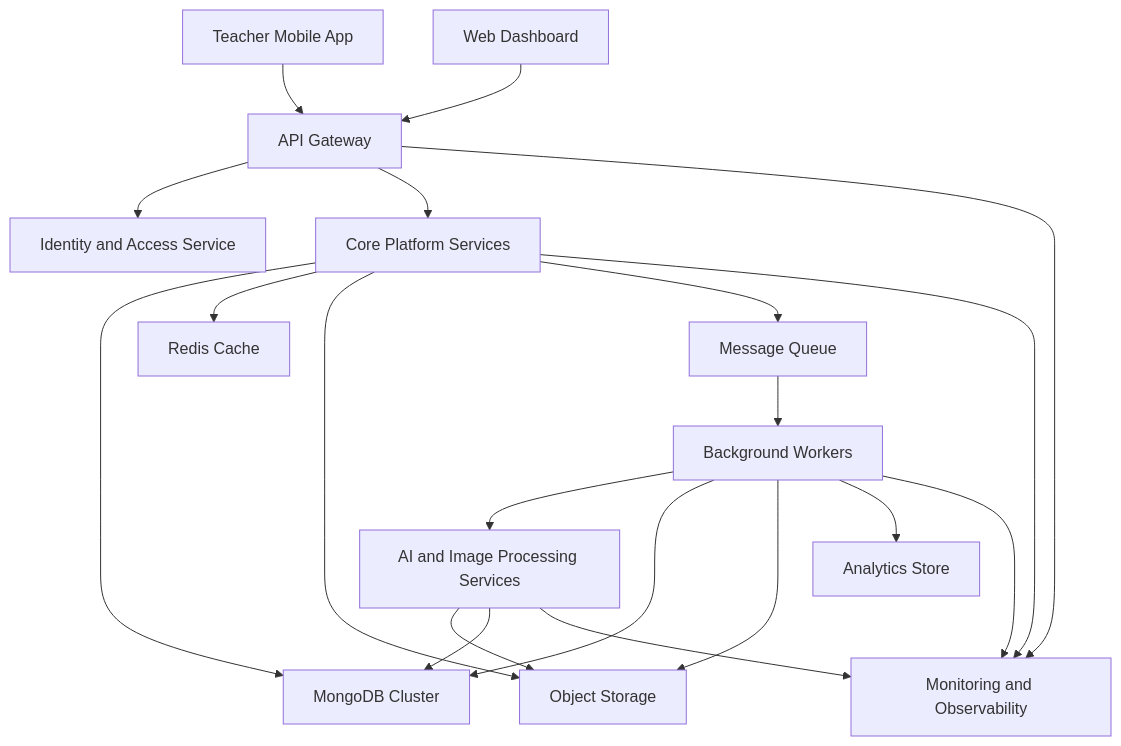
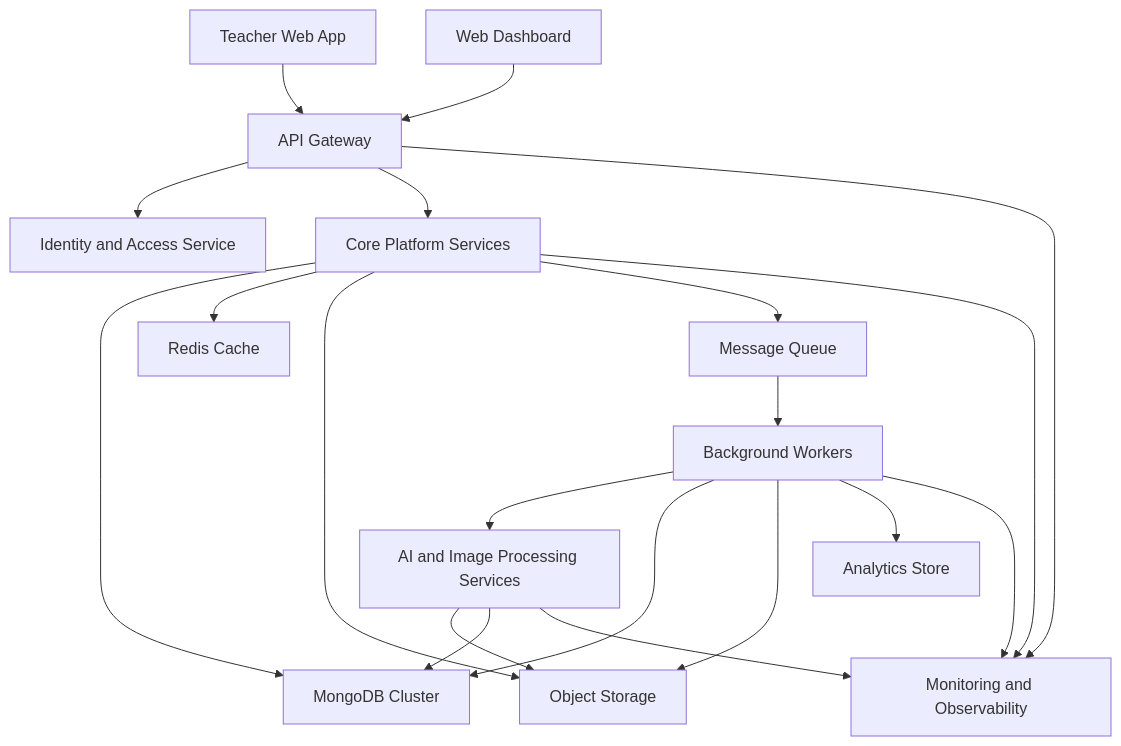
Before and after one commit to RahulPrsad/fln: the second of 18 diagrams in ARCHITECTURE.md, drawn with Mermaid. The commit also changed other lines of this file and 13 other files, not shown here.

````diff
--- a/ARCHITECTURE.md
+++ b/ARCHITECTURE.md
@@ -104,36 +104,36 @@
 ```mermaid
 flowchart TD
-    Mobile["Teacher Mobile App"]
+    Mobile["Teacher Web App"]
     Web["Web Dashboard"]
     Gateway["API Gateway"]
     Auth["Identity and Access Service"]
     Core["Core Platform Services"]
     Queue["Message Queue"]
     Workers["Background Workers"]
     AI["AI and Image Processing Services"]
     DB["MongoDB Cluster"]
     Redis["Redis Cache"]
     Storage["Object Storage"]
     Analytics["Analytics Store"]
     Monitoring["Monitoring and Observability"]
 
     Mobile --> Gateway
     Web --> Gateway
     Gateway --> Auth
     Gateway --> Core
     Core --> DB
     Core --> Redis
     Core --> Storage
     Core --> Queue
     Queue --> Workers
     Workers --> AI
     Workers --> DB
     Workers --> Storage
     Workers --> Analytics
     AI --> Storage
     AI --> DB
     Core --> Monitoring
     Workers --> Monitoring
     AI --> Monitoring
     Gateway --> Monitoring
 ```
````
